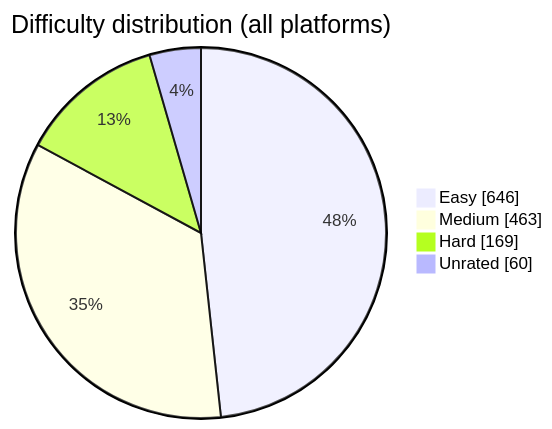
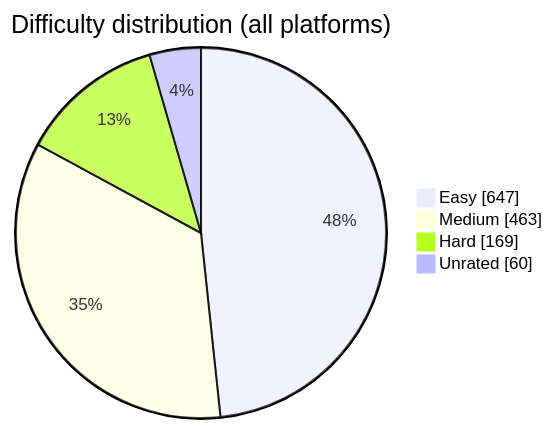
The diagram in README.md (BuildbyArindam/Daily-Coding-Log), drawn with Mermaid before and after one commit. The commit also changed other lines of this file, not shown here.

````diff
--- a/README.md
+++ b/README.md
@@ -93,7 +93,7 @@
 ```mermaid
 pie showData title Difficulty distribution (all platforms)
-    "Easy" : 646
+    "Easy" : 647
     "Medium" : 463
     "Hard" : 169
     "Unrated" : 60
 ```
````
